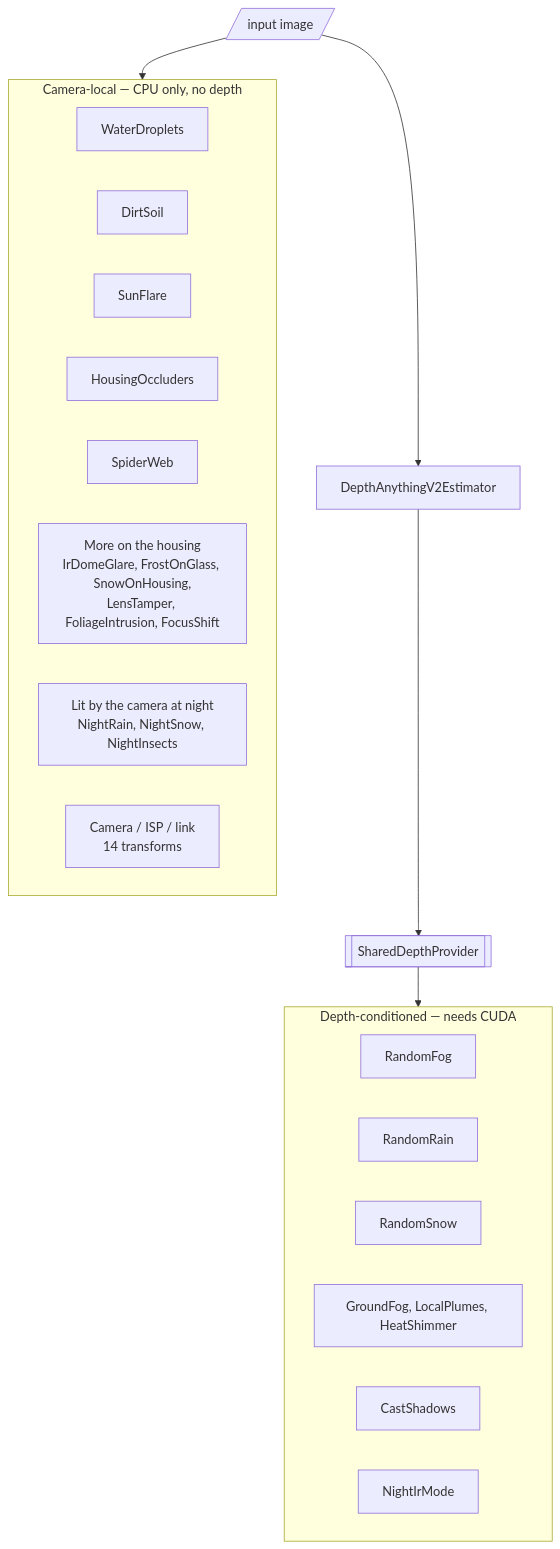
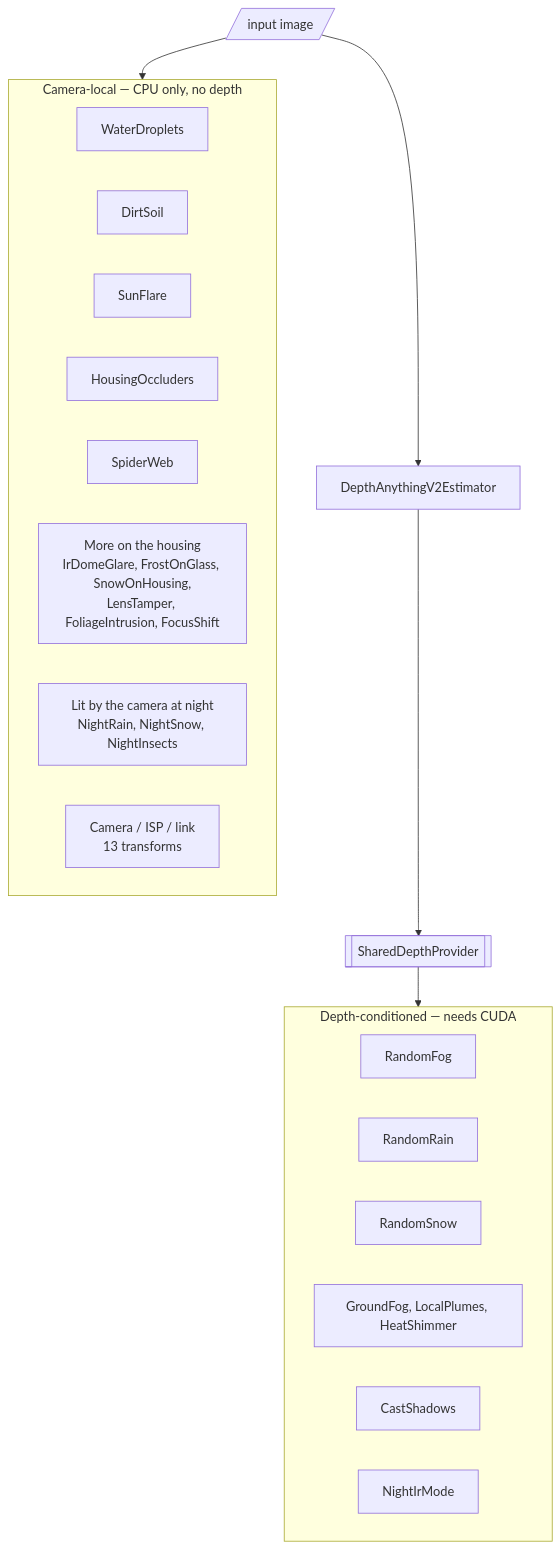
The first of 19 diagrams in docs/how_it_works.md (desmoteo/surmentations), drawn with Mermaid before and after one commit. The commit also changed other lines of this file and 17 other files, not shown here.

````diff
--- a/docs/how_it_works.md
+++ b/docs/how_it_works.md
@@ -19,25 +22,25 @@
 ```mermaid
 flowchart TD
     subgraph depthless["Camera-local — CPU only, no depth"]
         WD[WaterDroplets]
         DS[DirtSoil]
         SF[SunFlare]
         HO[HousingOccluders]
         SW[SpiderWeb]
         ON["More on the housing<br/>IrDomeGlare, FrostOnGlass, SnowOnHousing,<br/>LensTamper, FoliageIntrusion, FocusShift"]
         LIT["Lit by the camera at night<br/>NightRain, NightSnow, NightInsects"]
-        CAM["Camera / ISP / link<br/>14 transforms"]
+        CAM["Camera / ISP / link<br/>13 transforms"]
     end
     subgraph depthful["Depth-conditioned — needs CUDA"]
         FOG[RandomFog]
         RAIN[RandomRain]
         SNOW[RandomSnow]
         AIR["GroundFog, LocalPlumes, HeatShimmer"]
         CS[CastShadows]
         IR[NightIrMode]
     end
     IMG[/input image/] --> EST["DepthAnythingV2Estimator"]
     EST --> PROV[[SharedDepthProvider]]
     PROV --> depthful
     IMG --> depthless
 ```
````
